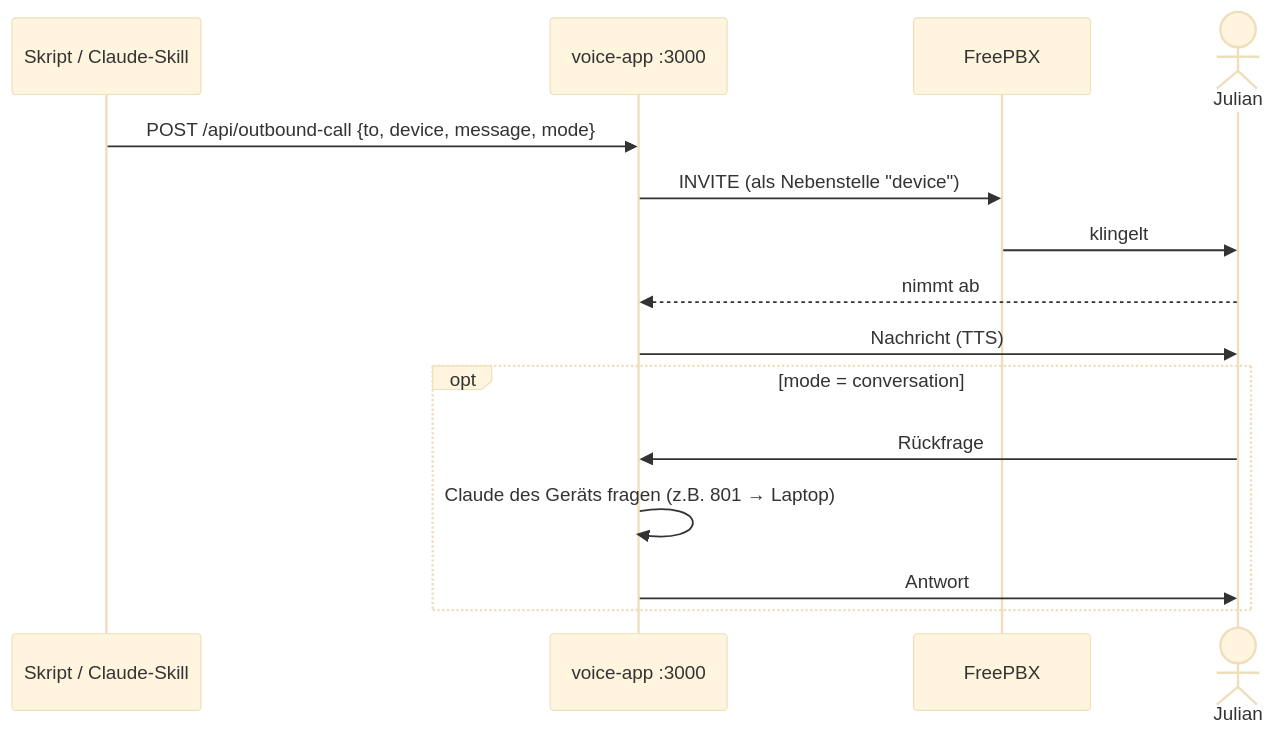
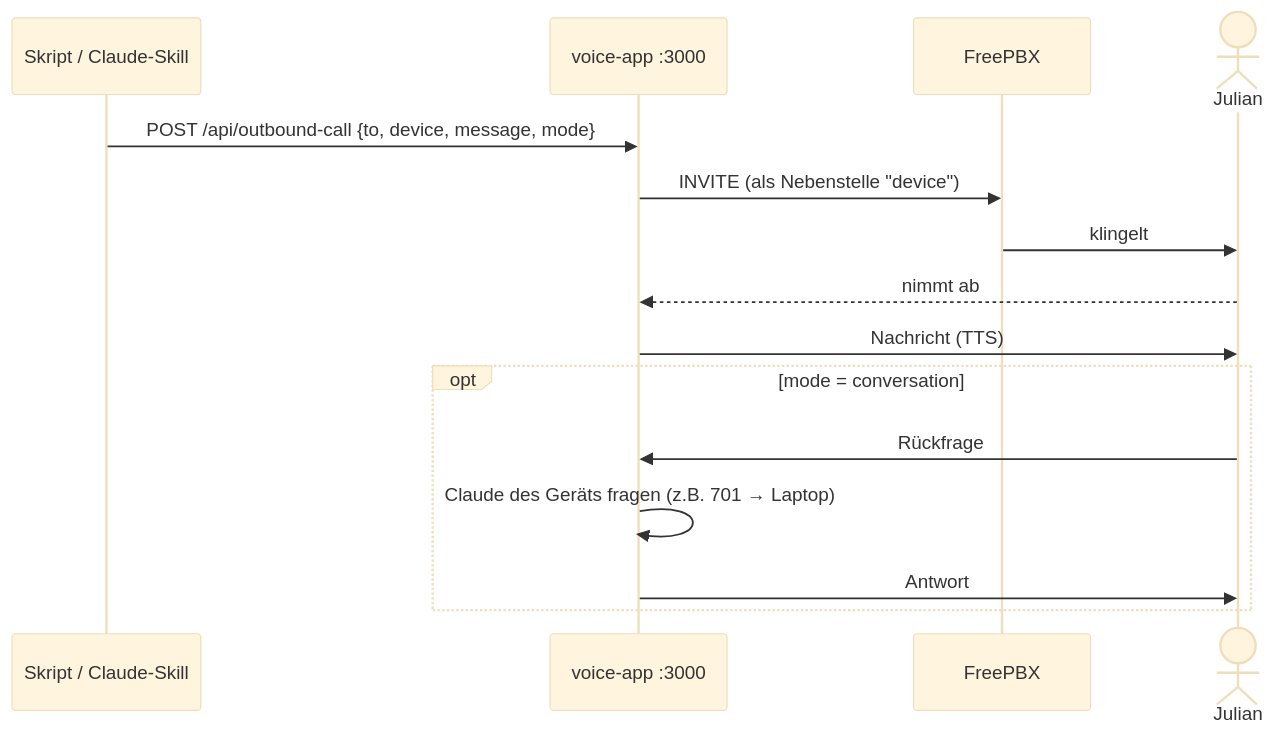
One commit to dajuly20/claude-phone-freepbx changed the fourth of 4 diagrams in README.md. Above: the diagram before and after it, drawn with Mermaid (base theme). The commit also changed other lines of this file and 5 other files, not shown here.

````diff
--- a/README.md
+++ b/README.md
@@ -108,17 +108,17 @@
 ```mermaid
 sequenceDiagram
     participant S as Skript / Claude-Skill
     participant V as voice-app :3000
     participant P as FreePBX
     actor J as Julian
     S->>V: POST /api/outbound-call {to, device, message, mode}
     V->>P: INVITE (als Nebenstelle "device")
     P->>J: klingelt
     J-->>V: nimmt ab
     V->>J: Nachricht (TTS)
     opt mode = conversation
         J->>V: Rückfrage
-        V->>V: Claude des Geräts fragen (z.B. 801 → Laptop)
+        V->>V: Claude des Geräts fragen (z.B. 701 → Laptop)
         V->>J: Antwort
     end
 ```
````
